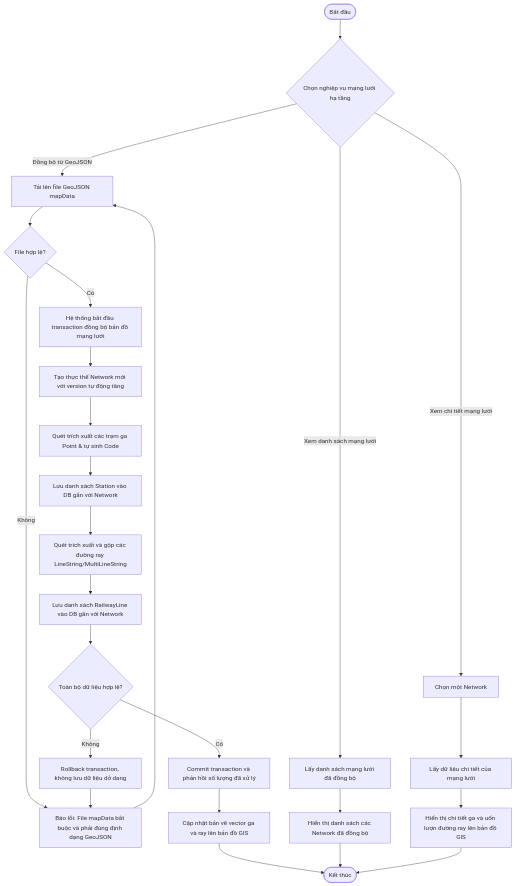
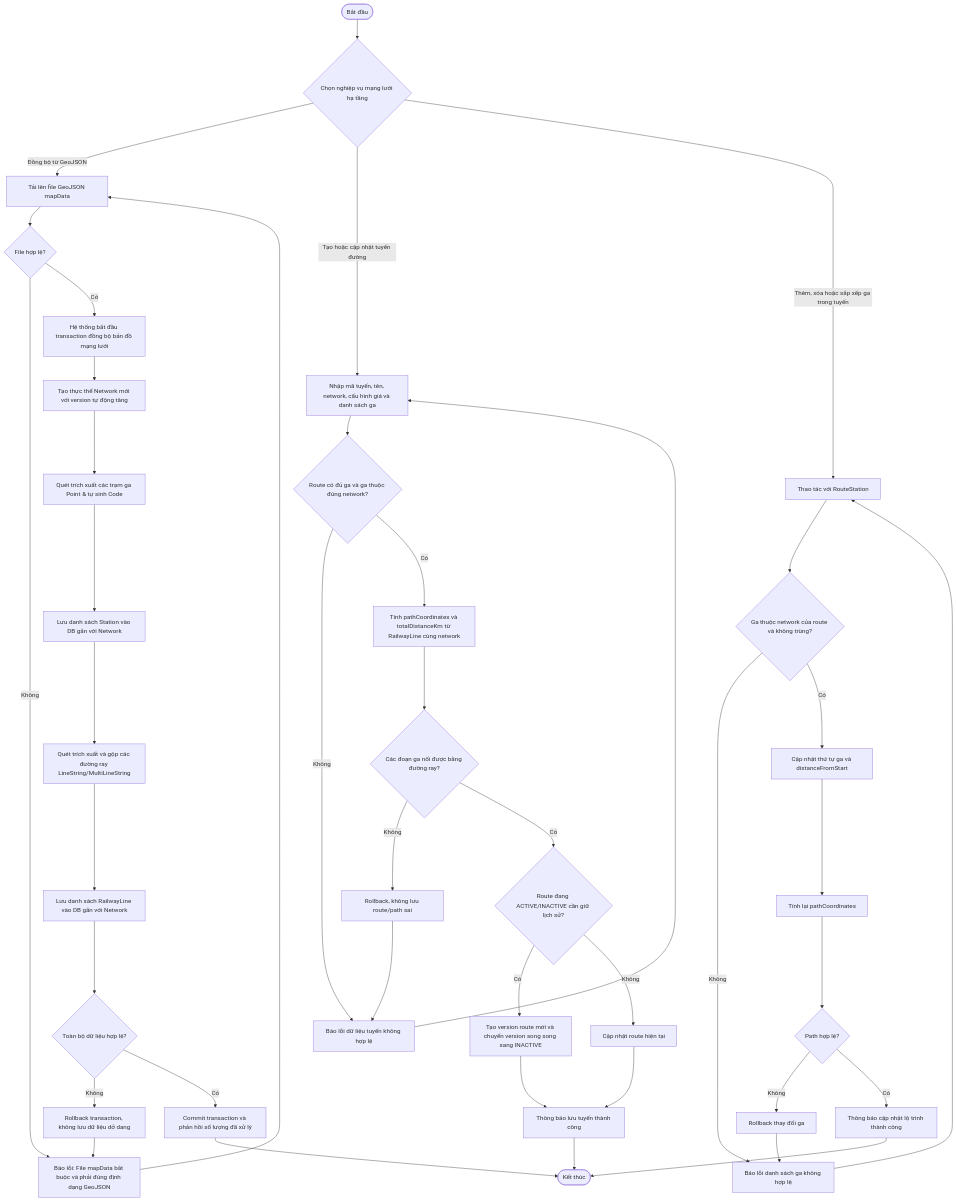
Diagram 17 of 21 in diagrams/activities/activity-diagrams.md (letungduong24/train-booking), drawn with Mermaid before and after one commit. The commit also changed other lines of this file and 29 other files, not shown here.

````diff
--- a/diagrams/activities/activity-diagrams.md
+++ b/diagrams/activities/activity-diagrams.md
@@ -361,35 +332,47 @@
 ```mermaid
 flowchart TD
     Start([Bắt đầu]) --> ChooseOption{Chọn nghiệp vụ mạng lưới hạ tầng}
     
     %% Đồng bộ GeoJSON
     ChooseOption -->|Đồng bộ từ GeoJSON| UploadFile[Tải lên file GeoJSON mapData]
     UploadFile --> ParseJSON{File hợp lệ?}
     
     ParseJSON -->|Không| ShowJSONError[Báo lỗi: File mapData bắt buộc và phải đúng định dạng GeoJSON]
     ShowJSONError --> UploadFile
     
     ParseJSON -->|Có| PostSync[Hệ thống bắt đầu transaction đồng bộ bản đồ mạng lưới]
     PostSync --> CreateNetwork[Tạo thực thể Network mới với version tự động tăng]
     CreateNetwork --> ExtractStations[Quét trích xuất các trạm ga Point & tự sinh Code]
     ExtractStations --> SaveStations[Lưu danh sách Station vào DB gắn với Network]
     SaveStations --> ExtractLines[Quét trích xuất và gộp các đường ray LineString/MultiLineString]
     ExtractLines --> SaveLines[Lưu danh sách RailwayLine vào DB gắn với Network]
     SaveLines --> CheckSyncError{Toàn bộ dữ liệu hợp lệ?}
     CheckSyncError -->|Không| RollbackSync[Rollback transaction, không lưu dữ liệu dở dang]
     RollbackSync --> ShowJSONError
     CheckSyncError -->|Có| SuccessSync[Commit transaction và phản hồi số lượng đã xử lý]
-    SuccessSync --> UpdateMap[Cập nhật bản vẽ vector ga và ray lên bản đồ GIS]
-    UpdateMap --> End([Kết thúc])
-    
-    %% Xem danh sách Network
-    ChooseOption -->|Xem danh sách mạng lưới| GetNetworks[Lấy danh sách mạng lưới đã đồng bộ]
-    GetNetworks --> RenderNetworkList[Hiển thị danh sách các Network đã đồng bộ]
-    RenderNetworkList --> End
-    
-    %% Chi tiết Network
-    ChooseOption -->|Xem chi tiết mạng lưới| SelectNetwork[Chọn một Network]
-    SelectNetwork --> FetchNetworkData[Lấy dữ liệu chi tiết của mạng lưới]
-    FetchNetworkData --> RenderMapGIS[Hiển thị chi tiết ga và uốn lượn đường ray lên bản đồ GIS]
-    RenderMapGIS --> End
+    SuccessSync --> End([Kết thúc])
+
+    %% Tạo / cập nhật Route
+    ChooseOption -->|Tạo hoặc cập nhật tuyến đường| EditRoute[Nhập mã tuyến, tên, network, cấu hình giá và danh sách ga]
+    EditRoute --> ValidateRoute{Route có đủ ga và ga thuộc đúng network?}
+    ValidateRoute -->|Không| ShowRouteError[Báo lỗi dữ liệu tuyến không hợp lệ] --> EditRoute
+    ValidateRoute -->|Có| CalcRoutePath[Tính pathCoordinates và totalDistanceKm từ RailwayLine cùng network]
+    CalcRoutePath --> PathValid{Các đoạn ga nối được bằng đường ray?}
+    PathValid -->|Không| RollbackRoute[Rollback, không lưu route/path sai] --> ShowRouteError
+    PathValid -->|Có| RouteVersion{Route đang ACTIVE/INACTIVE cần giữ lịch sử?}
+    RouteVersion -->|Có| CloneRouteVersion[Tạo version route mới và chuyển version song song sang INACTIVE]
+    RouteVersion -->|Không| SaveRouteInPlace[Cập nhật route hiện tại]
+    CloneRouteVersion --> SuccessRoute[Thông báo lưu tuyến thành công]
+    SaveRouteInPlace --> SuccessRoute
+    SuccessRoute --> End
+
+    %% Chỉnh ga trong tuyến
+    ChooseOption -->|Thêm, xóa hoặc sắp xếp ga trong tuyến| ModifyStations[Thao tác với RouteStation]
+    ModifyStations --> ValidateStationNetwork{Ga thuộc network của route và không trùng?}
+    ValidateStationNetwork -->|Không| ShowStationError[Báo lỗi danh sách ga không hợp lệ] --> ModifyStations
+    ValidateStationNetwork -->|Có| ReindexStations[Cập nhật thứ tự ga và distanceFromStart]
+    ReindexStations --> RecalculatePath[Tính lại pathCoordinates]
+    RecalculatePath --> PathAfterStationChange{Path hợp lệ?}
+    PathAfterStationChange -->|Không| RollbackStationChange[Rollback thay đổi ga] --> ShowStationError
+    PathAfterStationChange -->|Có| SuccessStationChange[Thông báo cập nhật lộ trình thành công] --> End
 ```
````
